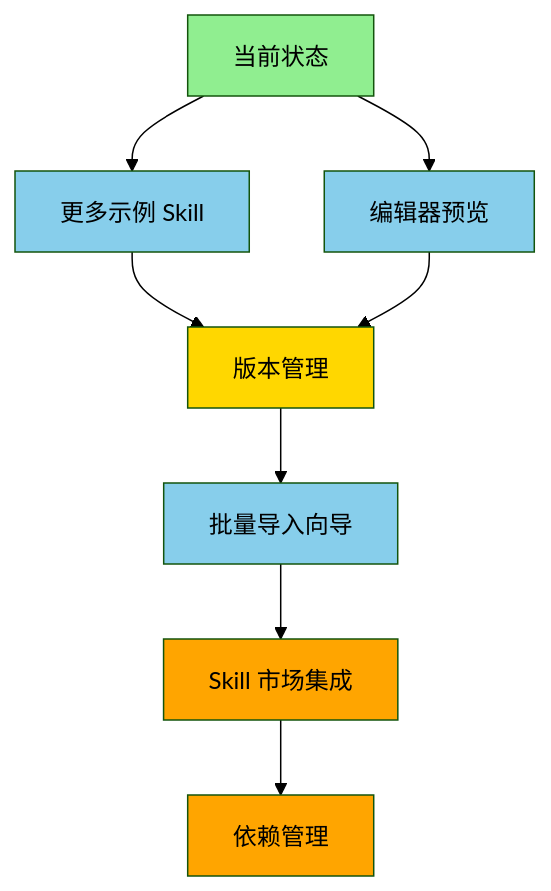
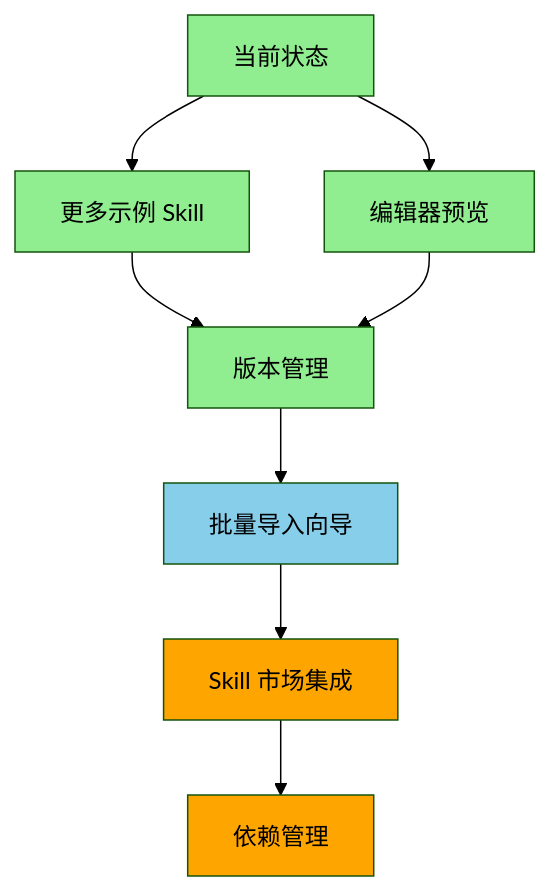
Before and after one commit to Miasakiii/skills-manager: the diagram in skills-manager-prototype/IMPROVEMENTS.md, drawn with Mermaid (forest theme). The commit also changed other lines of this file and 17 other files, not shown here.

````diff
--- a/skills-manager-prototype/IMPROVEMENTS.md
+++ b/skills-manager-prototype/IMPROVEMENTS.md
@@ -426,18 +444,18 @@
 ```mermaid
 graph TD
     A[当前状态] --> B[更多示例 Skill]
     A --> C[编辑器预览]
     B --> D[版本管理]
     C --> D
     D --> E[批量导入向导]
     E --> F[Skill 市场集成]
     F --> G[依赖管理]
 
     style A fill:#90EE90
-    style B fill:#87CEEB
-    style C fill:#87CEEB
-    style D fill:#FFD700
+    style B fill:#90EE90
+    style C fill:#90EE90
+    style D fill:#90EE90
     style E fill:#87CEEB
     style F fill:#FFA500
     style G fill:#FFA500
 ```
````
